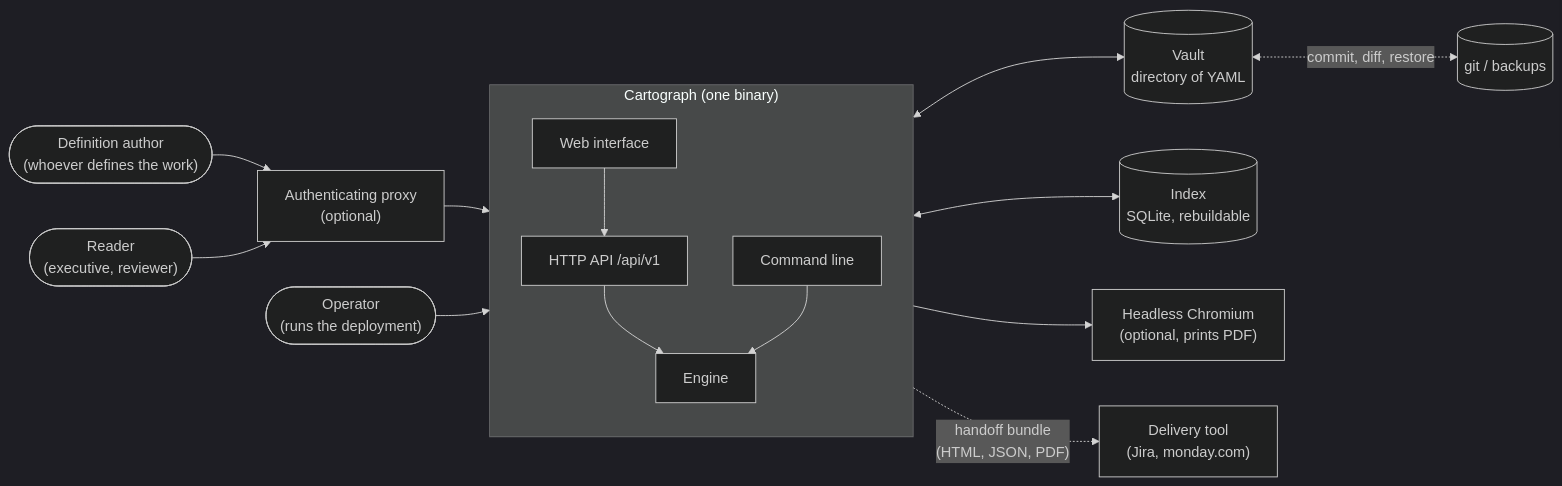
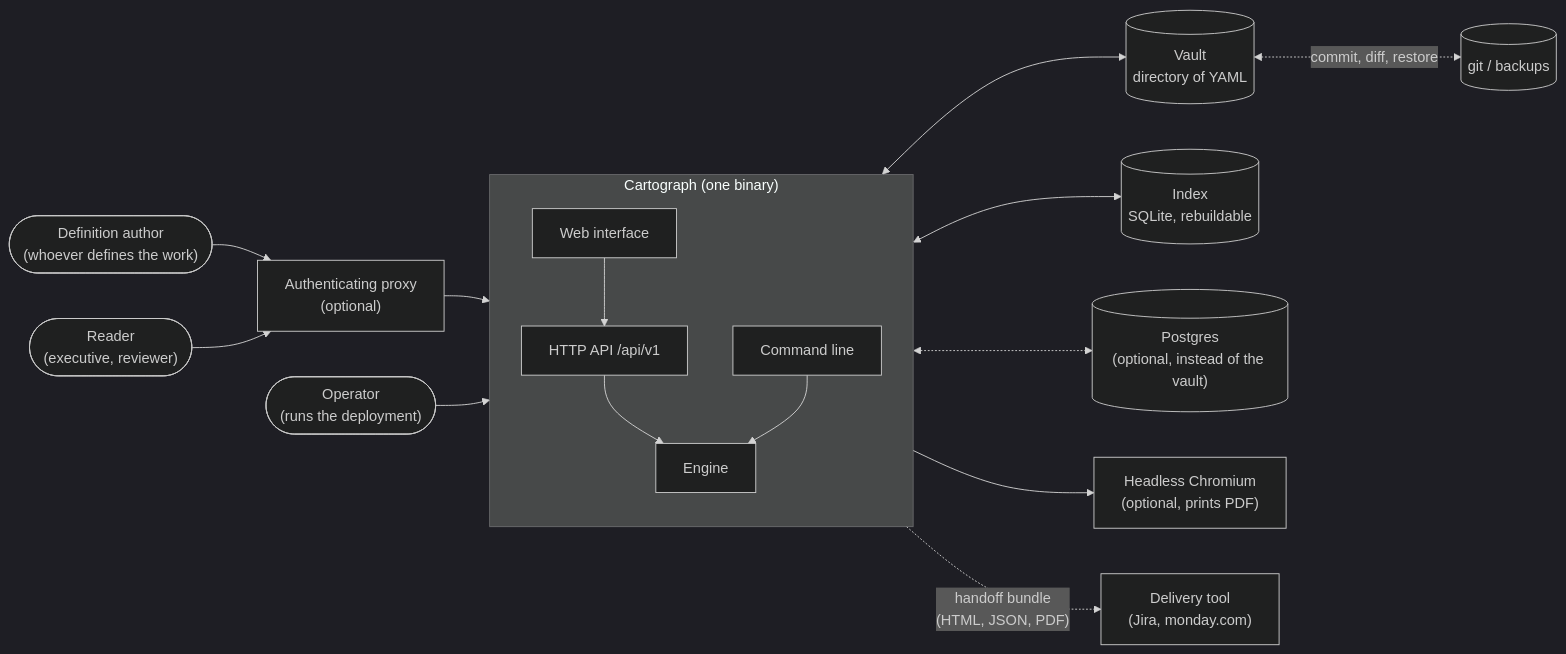
The first of 9 diagrams in docs/ARCHITECTURE.md (ProjectCartograph/cartograph-engine), drawn with Mermaid (dark theme) before and after one commit. The commit also changed other lines of this file and 9 other files, not shown here.

````diff
--- a/docs/ARCHITECTURE.md
+++ b/docs/ARCHITECTURE.md
@@ -40,32 +42,34 @@
 ```mermaid
 flowchart LR
     author(["Definition author<br/>(whoever defines the work)"])
     reader(["Reader<br/>(executive, reviewer)"])
     operator(["Operator<br/>(runs the deployment)"])
 
     subgraph cartograph["Cartograph (one binary)"]
         direction TB
         spa["Web interface"]
         api["HTTP API /api/v1"]
         cli["Command line"]
         engine["Engine"]
         spa --> api --> engine
         cli --> engine
     end
 
     vault[("Vault<br/>directory of YAML")]
     index[("Index<br/>SQLite, rebuildable")]
+    pg[("Postgres<br/>(optional, instead of the vault)")]
     browser["Headless Chromium<br/>(optional, prints PDF)"]
     proxy["Authenticating proxy<br/>(optional)"]
     delivery["Delivery tool<br/>(Jira, monday.com)"]
     git[("git / backups")]
 
     author --> proxy --> spa
     reader --> proxy
     operator --> cli
     engine <--> vault
     engine <--> index
+    engine <-.-> pg
     engine --> browser
     engine -. "handoff bundle<br/>(HTML, JSON, PDF)" .-> delivery
     vault <-. "commit, diff, restore" .-> git
 ```
````
